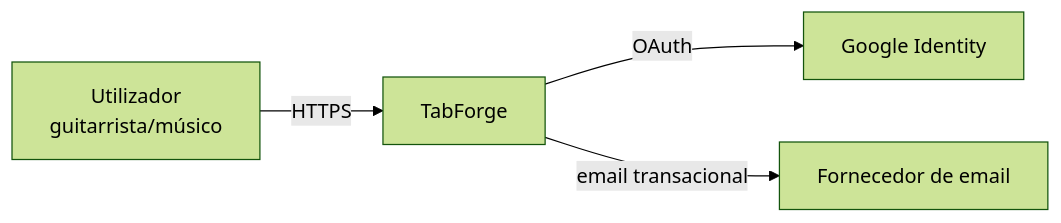
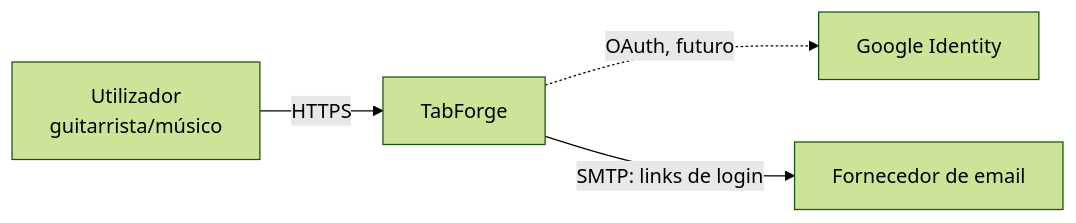
The first of 4 diagrams in docs/architecture.md (F100Pilot/tabforge), drawn with Mermaid (forest theme) before and after one commit. The commit also changed other lines of this file and 2 other files, not shown here.

First line of the commit message:
docs(adr): ADR-0006 magic-link login with server sessions (US-07)

````diff
--- a/docs/architecture.md
+++ b/docs/architecture.md
@@ -7,6 +7,6 @@
 ```mermaid
 flowchart LR
   U[Utilizador<br/>guitarrista/músico] -->|HTTPS| S[TabForge]
-  S -->|OAuth| G[Google Identity]
-  S -->|email transacional| E[Fornecedor de email]
+  S -.->|OAuth, futuro| G[Google Identity]
+  S -->|SMTP: links de login| E[Fornecedor de email]
 ```
````
